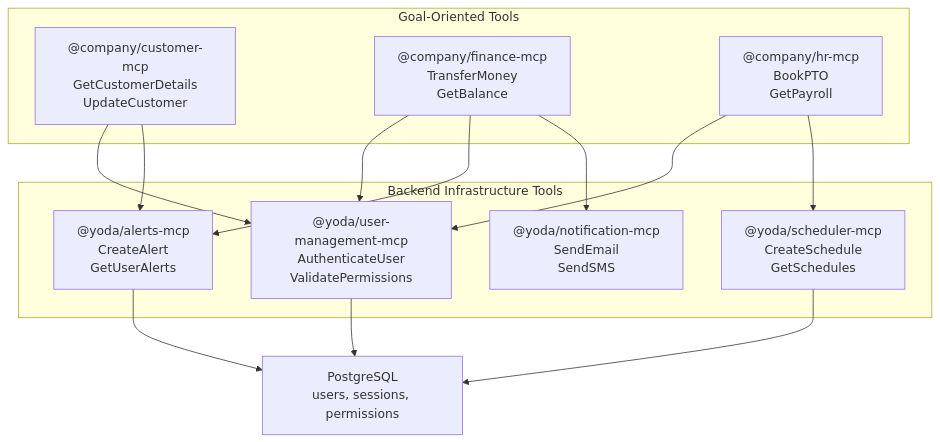
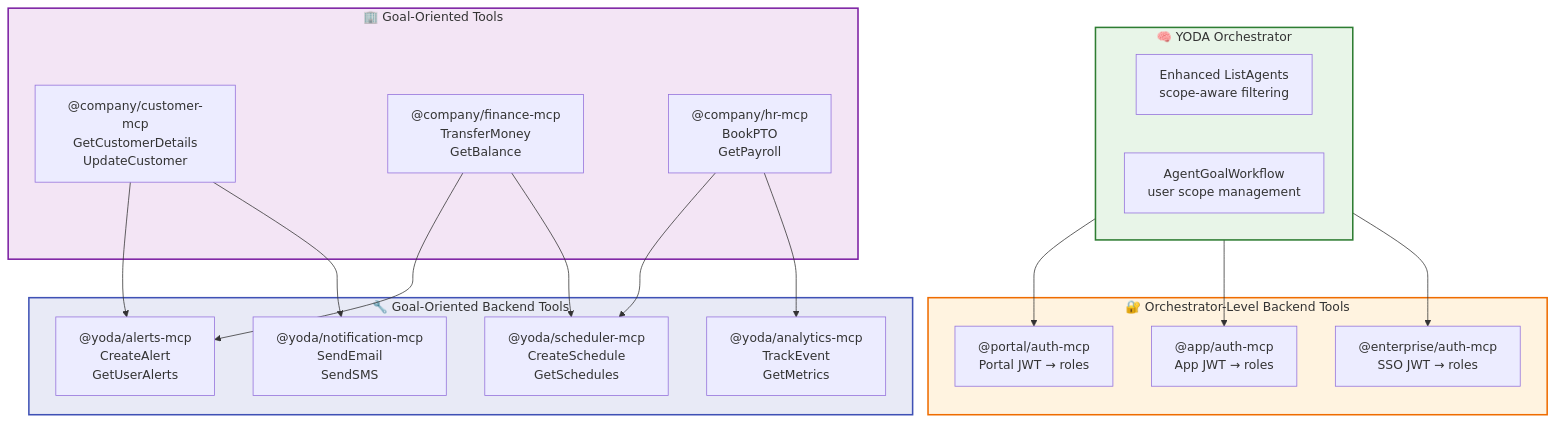
The third of 4 diagrams in YODA_ARCHITECTURE.md (shin-hyuk/yoda), drawn with Mermaid before and after one commit. The commit also changed other lines of this file, not shown here.

````diff
--- a/YODA_ARCHITECTURE.md
+++ b/YODA_ARCHITECTURE.md
@@ -240,27 +240,49 @@
 ```mermaid
 graph TD
-    subgraph "Goal-Oriented Tools" 
+    subgraph YODA ["🧠 YODA Orchestrator"]
+        ListAgents["Enhanced ListAgents<br/>scope-aware filtering"]
+        Workflow["AgentGoalWorkflow<br/>user scope management"]
+    end
+    
+    subgraph OrchBackend ["🔐 Orchestrator-Level Backend Tools"]
+        PortalAuth["@portal/auth-mcp<br/>Portal JWT → roles"]
+        AppAuth["@app/auth-mcp<br/>App JWT → roles"] 
+        EnterpriseAuth["@enterprise/auth-mcp<br/>SSO JWT → roles"]
+    end
+    
+    subgraph GoalBackend ["🔧 Goal-Oriented Backend Tools"]
+        AlertsMCP["@yoda/alerts-mcp<br/>CreateAlert<br/>GetUserAlerts"]
+        ScheduleMCP["@yoda/scheduler-mcp<br/>CreateSchedule<br/>GetSchedules"]
+        NotificationMCP["@yoda/notification-mcp<br/>SendEmail<br/>SendSMS"]
+        AnalyticsMCP["@yoda/analytics-mcp<br/>TrackEvent<br/>GetMetrics"]
+    end
+    
+    subgraph BusinessTools ["🏢 Goal-Oriented Tools"]
         CustomerMCP["@company/customer-mcp<br/>GetCustomerDetails<br/>UpdateCustomer"]
         FinanceMCP["@company/finance-mcp<br/>TransferMoney<br/>GetBalance"]
         HRMCP["@company/hr-mcp<br/>BookPTO<br/>GetPayroll"]
     end
     
-    subgraph "Backend Infrastructure Tools"
-        UserMgmtMCP["@yoda/user-management-mcp<br/>AuthenticateUser<br/>ValidatePermissions"]
-        AlertsMCP["@yoda/alerts-mcp<br/>CreateAlert<br/>GetUserAlerts"]
-        ScheduleMCP["@yoda/scheduler-mcp<br/>CreateSchedule<br/>GetSchedules"]
-        NotificationMCP["@yoda/notification-mcp<br/>SendEmail<br/>SendSMS"]
-    end
+    %% Orchestrator uses platform-specific auth
+    YODA --> PortalAuth
+    YODA --> AppAuth  
+    YODA --> EnterpriseAuth
     
-    CustomerMCP --> UserMgmtMCP
+    %% Business tools use goal-oriented backend tools
     CustomerMCP --> AlertsMCP
-    FinanceMCP --> UserMgmtMCP
+    CustomerMCP --> NotificationMCP
     FinanceMCP --> AlertsMCP
-    FinanceMCP --> NotificationMCP
-    HRMCP --> UserMgmtMCP
+    FinanceMCP --> ScheduleMCP
     HRMCP --> ScheduleMCP
+    HRMCP --> AnalyticsMCP
     
-    UserMgmtMCP --> Database["PostgreSQL<br/>users, sessions, permissions"]
-    AlertsMCP --> Database
-    ScheduleMCP --> Database
+    classDef orch fill:#e8f5e8,stroke:#2e7d32,stroke-width:2px
+    classDef orchBackend fill:#fff3e0,stroke:#ef6c00,stroke-width:2px
+    classDef goalBackend fill:#e8eaf6,stroke:#3f51b5,stroke-width:2px
+    classDef business fill:#f3e5f5,stroke:#7b1fa2,stroke-width:2px
+    
+    class YODA orch
+    class OrchBackend orchBackend
+    class GoalBackend goalBackend
+    class BusinessTools business
 ```
````
